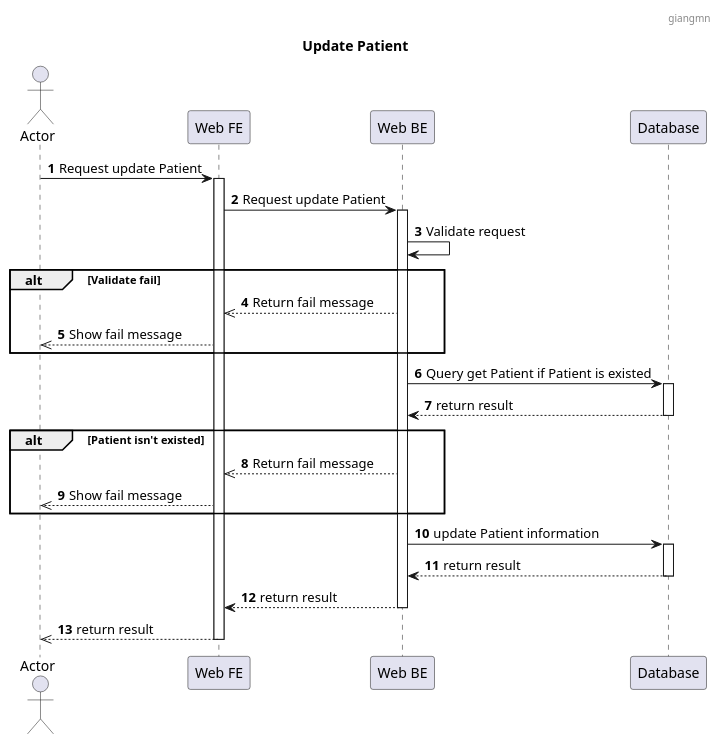
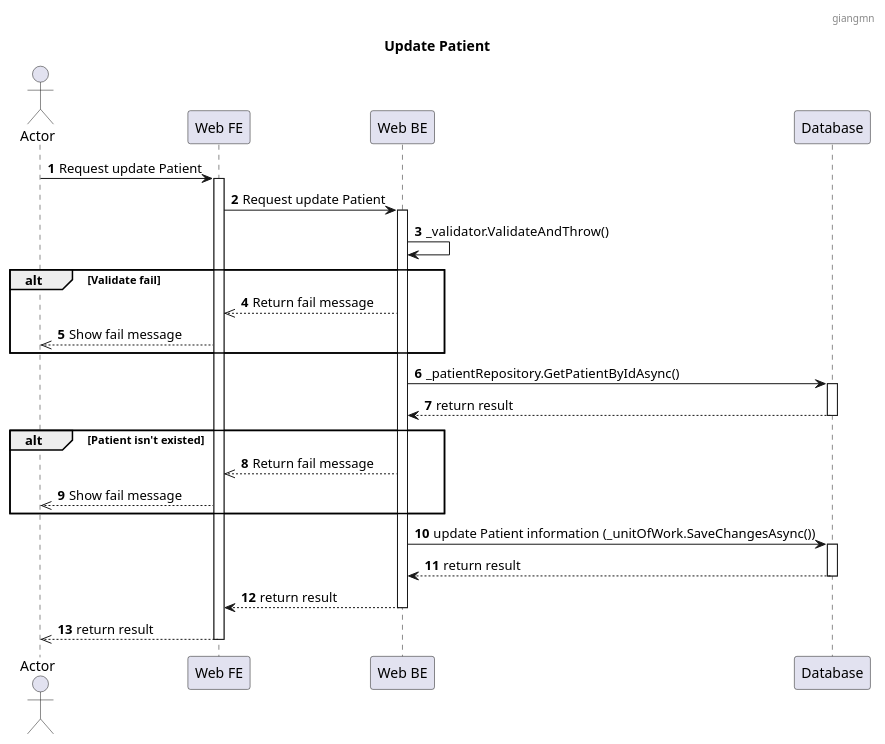
Before and after one commit to jang1902/SEP490_Sequence: the diagram in Sequence/Patient/Update Patient.puml, drawn with PlantUML. The commit also changed 10 other files, not shown here.

```diff
--- a/Sequence/Patient/Update Patient.puml
+++ b/Sequence/Patient/Update Patient.puml
@@ -1,38 +1,38 @@
 @startuml
 header : giangmn
 title: Update Patient
 autonumber
 
 actor "Actor" as a
 participant "Web FE" as fe
 participant "Web BE" as be
 participant "Database" as db
 
 a->fe : Request update Patient
 fe++
 fe -> be: Request update Patient
 be++
-be -> be: Validate request
+be -> be: _validator.ValidateAndThrow()
 alt Validate fail
 be -->> fe: Return fail message
 fe -->> a: Show fail message
 end
 
-be -> db: Query get Patient if Patient is existed
+be -> db: _patientRepository.GetPatientByIdAsync()
 db++
 db --> be: return result
 db--
 alt Patient isn't existed
 be -->> fe: Return fail message
 fe -->> a: Show fail message
 
 end
-be->db: update Patient information
+be->db: update Patient information (_unitOfWork.SaveChangesAsync())
 db++
 db--> be: return result
 db--
 be --> fe: return result
 be--
 fe -->> a: return result
 fe--
 @enduml
```
